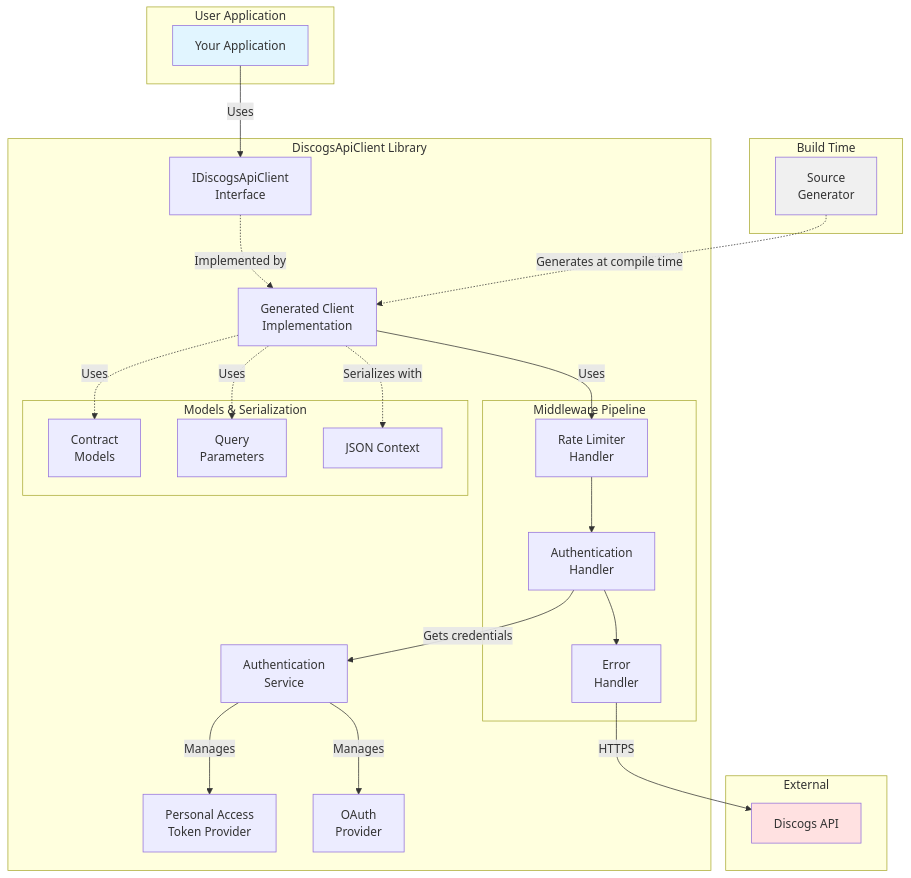
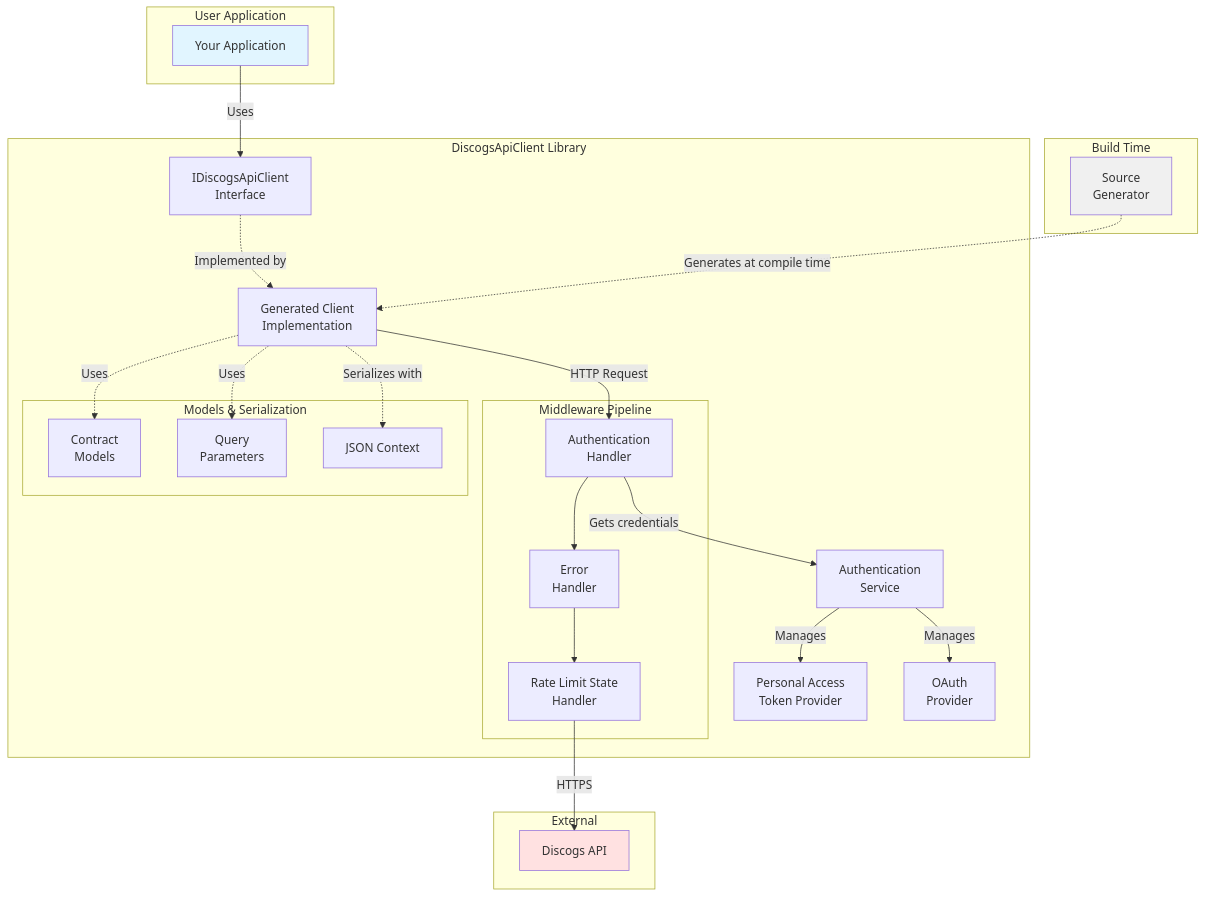
The first of 4 diagrams in docs/ARCHITECTURE.md (damidhagor/DiscogsApiClient), drawn with Mermaid before and after one commit. The commit also changed other lines of this file and 16 other files, not shown here.

First line of the commit message:
refactor: replace rate limiting with observable rate limit state

````diff
--- a/docs/ARCHITECTURE.md
+++ b/docs/ARCHITECTURE.md
@@ -21,55 +22,52 @@
 ```mermaid
 graph TB
     subgraph "User Application"
         App[Your Application]
     end
 
     subgraph "DiscogsApiClient Library"
         Interface[IDiscogsApiClient<br/>Interface]
         Generated[Generated Client<br/>Implementation]
         Auth[Authentication<br/>Service]
         PAT[Personal Access<br/>Token Provider]
         OAuth[OAuth<br/>Provider]
 
         subgraph "Middleware Pipeline"
-            RL[Rate Limiter<br/>Handler]
-            AH[Authentication<br/>Handler]
-            EH[Error<br/>Handler]
+            AH[Authentication<br/>Handler] --> EH[Error<br/>Handler]
+            EH --> RLS[Rate Limit State<br/>Handler]
         end
 
         subgraph "Models & Serialization"
             Contract[Contract<br/>Models]
             Query[Query<br/>Parameters]
             Json[JSON Context]
         end
     end
 
     subgraph "Build Time"
         SG[Source<br/>Generator]
     end
 
     subgraph "External"
         API[Discogs API]
     end
 
     App -->|Uses| Interface
     Interface -.->|Implemented by| Generated
-    Generated -->|Uses| RL
-    RL --> AH
-    AH --> EH
-    EH -->|HTTPS| API
+    Generated -->|HTTP Request| AH
+    RLS -->|HTTPS| API
 
     Generated -.->|Serializes with| Json
     Generated -.->|Uses| Contract
     Generated -.->|Uses| Query
 
     Auth -->|Manages| PAT
     Auth -->|Manages| OAuth
     AH -->|Gets credentials| Auth
 
     SG -.->|Generates at compile time| Generated
 
     style App fill:#e1f5ff
     style API fill:#ffe1e1
     style SG fill:#f0f0f0
 ```
````
